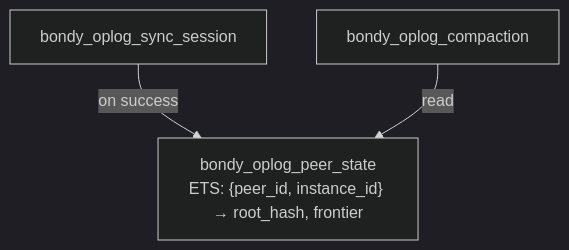
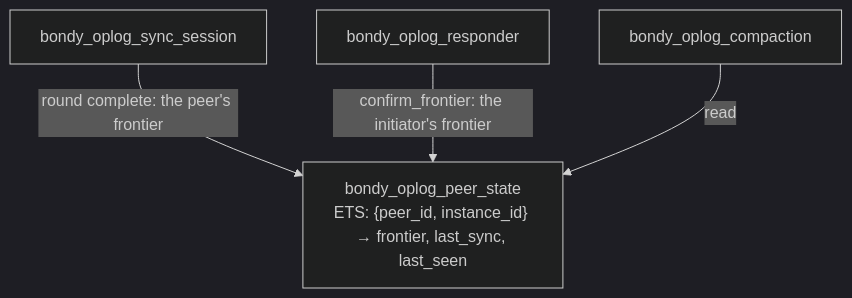
The second of 15 diagrams in apps/bondy_db/doc_extras/architecture/06_compaction_and_bootstrap.md (bondy-io/bondy), drawn with Mermaid (dark theme) before and after one commit. The commit also changed other lines of this file and 449 other files, not shown here.

````diff
--- a/apps/bondy_db/doc_extras/architecture/06_compaction_and_bootstrap.md
+++ b/apps/bondy_db/doc_extras/architecture/06_compaction_and_bootstrap.md
@@ -81,9 +94,11 @@
 ```mermaid
 flowchart TB
     SESS[bondy_oplog_sync_session]
-    PSTATE["bondy_oplog_peer_state<br/>ETS: {peer_id, instance_id} → root_hash, frontier"]
+    RESP[bondy_oplog_responder]
+    PSTATE["bondy_oplog_peer_state<br/>ETS: {peer_id, instance_id} → frontier, last_sync, last_seen"]
     COMP[bondy_oplog_compaction]
 
-    SESS -->|on success| PSTATE
+    SESS -->|round complete: the peer's frontier| PSTATE
+    RESP -->|confirm_frontier: the initiator's frontier| PSTATE
     COMP -->|read| PSTATE
 ```
````
